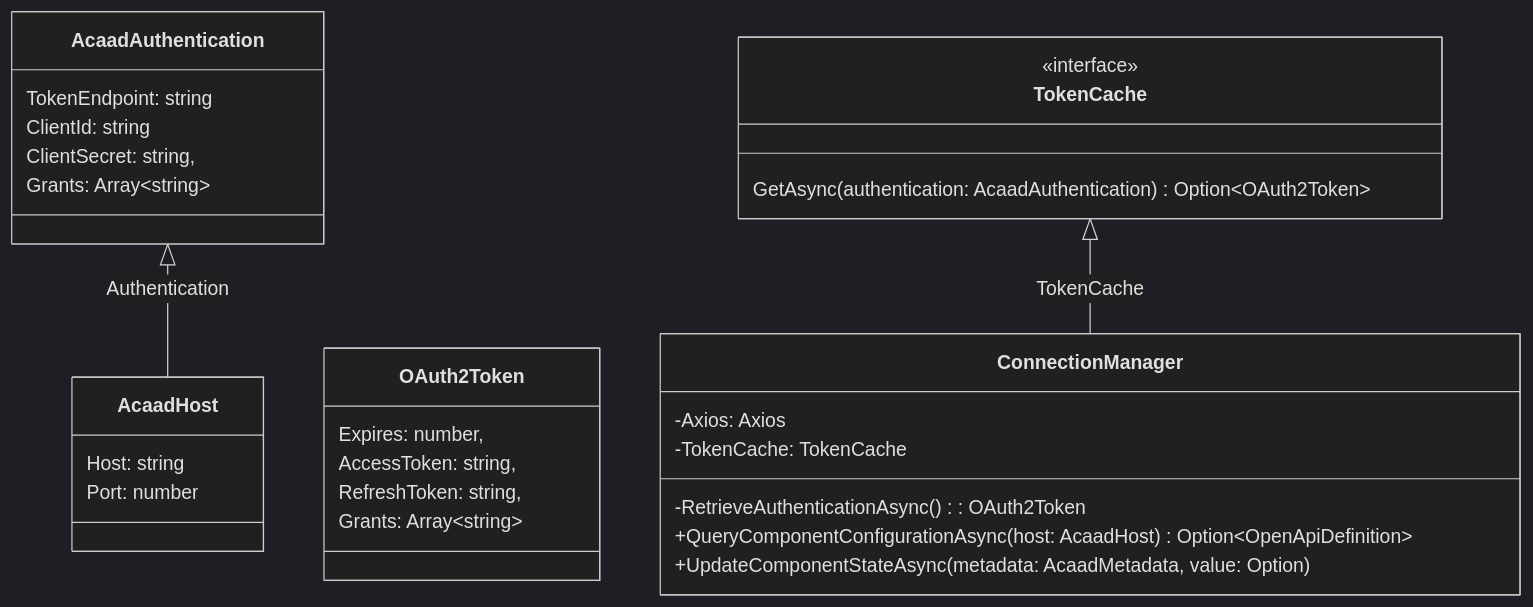
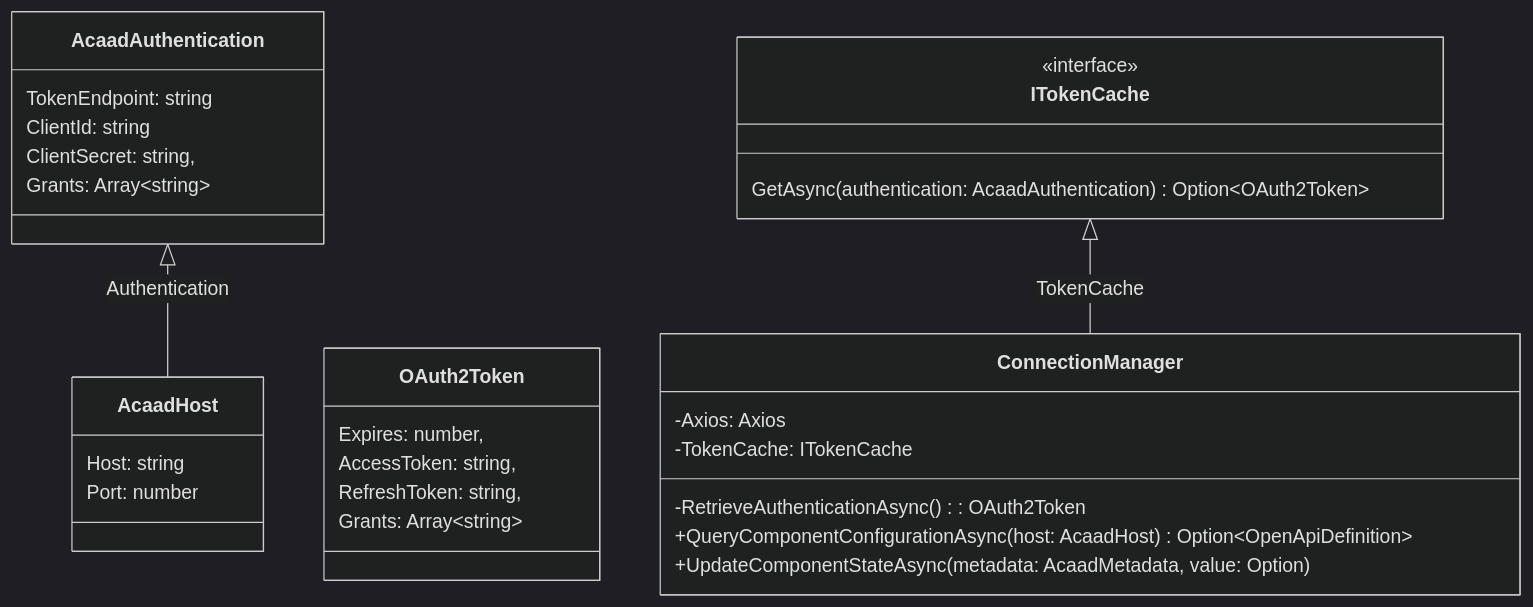
One commit to OlliMartin/wndw.ctl.typescript changed the third of 3 diagrams in Documentation/Development/README.md. Above: the diagram before and after it, drawn with Mermaid (dark theme). The commit also changed 18 other files, not shown here.

````diff
--- a/Documentation/Development/README.md
+++ b/Documentation/Development/README.md
@@ -405,43 +405,43 @@
 ``` mermaid
 classDiagram 
 direction BT
 
 class AcaadAuthentication {
   TokenEndpoint: string
   ClientId: string
   ClientSecret: string,
   Grants: Array~string~
 }
 
 class AcaadHost {
   Host: string
   Port: number
 }
 
 class OAuth2Token {
   Expires: number,
   AccessToken: string,
   RefreshToken: string,
   Grants: Array~string~
 }
 
 AcaadHost --|> AcaadAuthentication : Authentication
 
-class TokenCache {
+class ITokenCache {
   <<interface>>
   GetAsync(authentication: AcaadAuthentication) Option~OAuth2Token~
 }
 
 class ConnectionManager {
   -Axios: Axios
-  -TokenCache: TokenCache
+  -TokenCache: ITokenCache
   
   -RetrieveAuthenticationAsync(): OAuth2Token
   
   +QueryComponentConfigurationAsync(host: AcaadHost) Option~OpenApiDefinition~
   
   +UpdateComponentStateAsync(metadata: AcaadMetadata, value: Option<PRIMITIVE>)
 }
 
-ConnectionManager --|> TokenCache : TokenCache
+ConnectionManager --|> ITokenCache : TokenCache
 ```
````
